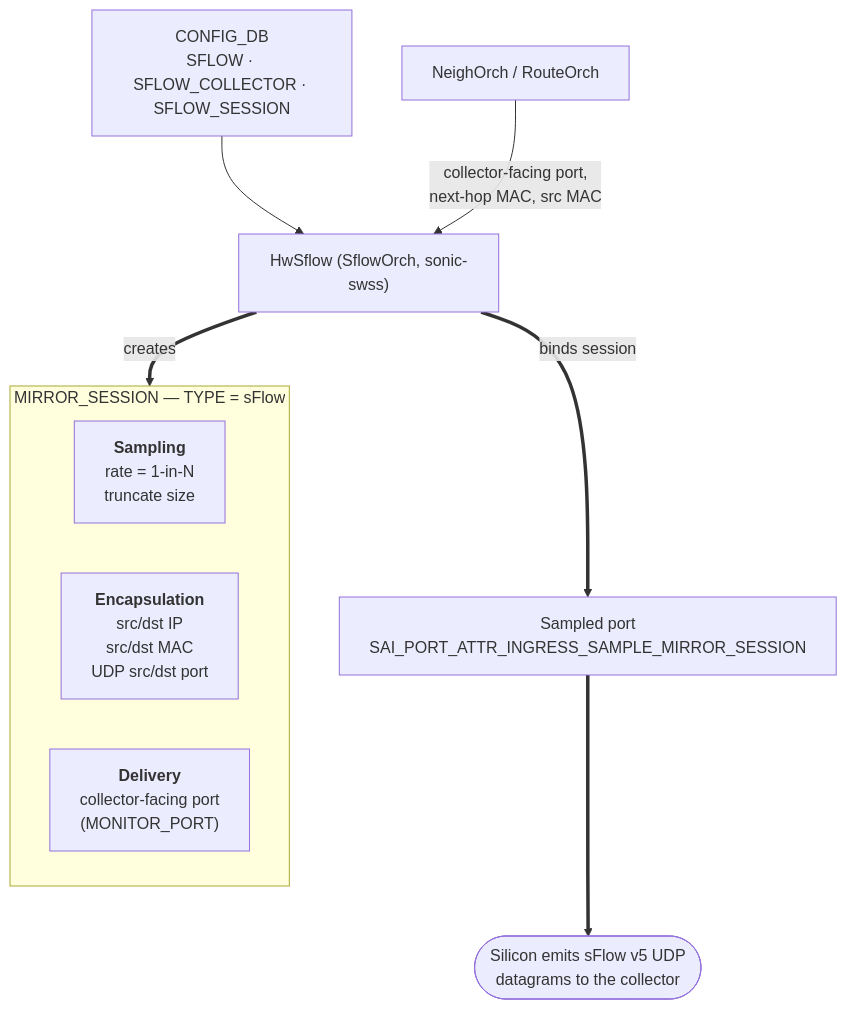
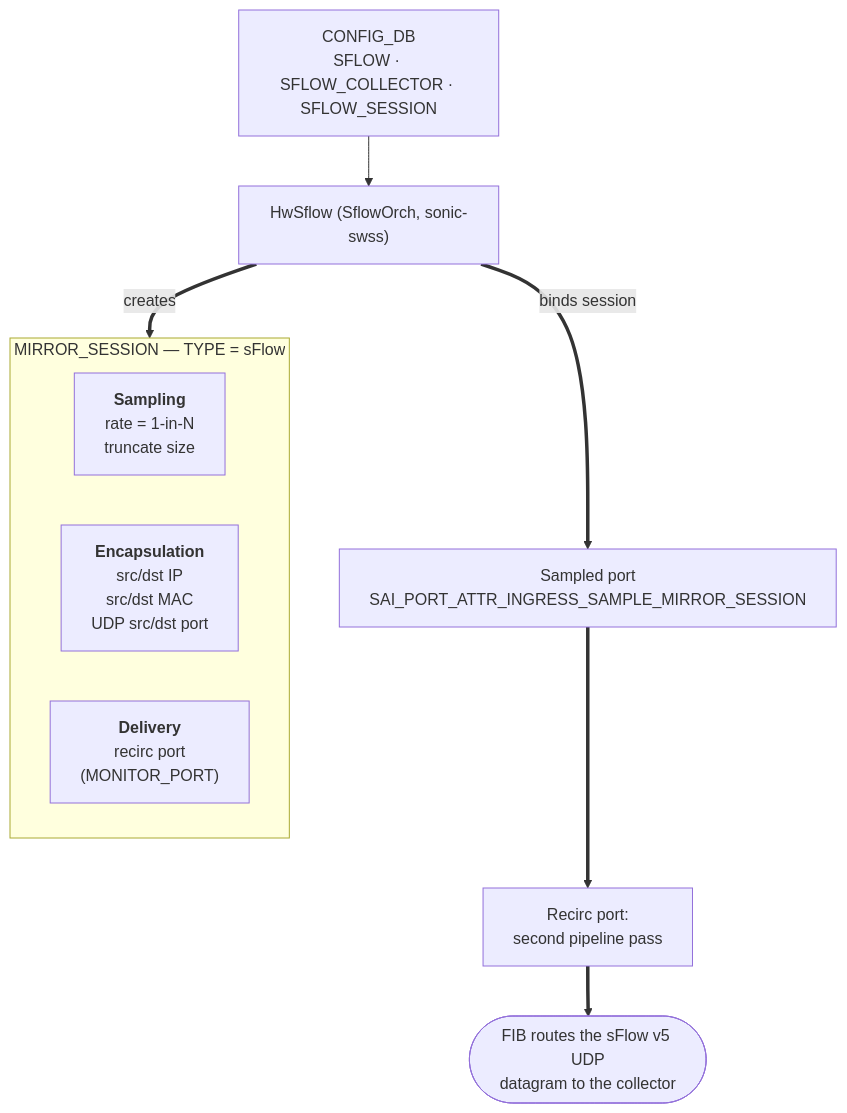
Before and after one commit to sonic-net/SONiC: the diagram in doc/sflow/hw_sflow_hld.md, drawn with Mermaid. The commit also changed other lines of this file, not shown here.

Commit message:
Limit scope to recirc delivery; add GCU, VRF, and LAG handling

````diff
--- a/doc/sflow/hw_sflow_hld.md
+++ b/doc/sflow/hw_sflow_hld.md
@@ -104,14 +105,14 @@
 ```mermaid
 flowchart TB
     CFG["CONFIG_DB<br/>SFLOW · SFLOW_COLLECTOR · SFLOW_SESSION"] --> ORCH
-    NR["NeighOrch / RouteOrch"] -->|"collector-facing port,<br/>next-hop MAC, src MAC"| ORCH
     ORCH["HwSflow (SflowOrch, sonic-swss)"] ==>|creates| MS
     subgraph MS["MIRROR_SESSION — TYPE = sFlow"]
         direction LR
         SMP["<b>Sampling</b><br/>rate = 1-in-N<br/>truncate size"]
         ENC["<b>Encapsulation</b><br/>src/dst IP<br/>src/dst MAC<br/>UDP src/dst port"]
-        DLV["<b>Delivery</b><br/>collector-facing port<br/>(MONITOR_PORT)"]
+        DLV["<b>Delivery</b><br/>recirc port<br/>(MONITOR_PORT)"]
     end
     ORCH ==>|"binds session"| PORT["Sampled port<br/>SAI_PORT_ATTR_INGRESS_SAMPLE_MIRROR_SESSION"]
-    PORT ==> WIRE(["Silicon emits sFlow v5 UDP<br/>datagrams to the collector"])
+    PORT ==> RECIRC["Recirc port:<br/>second pipeline pass"]
+    RECIRC ==> FIB(["FIB routes the sFlow v5 UDP<br/>datagram to the collector"])
 ```
````
